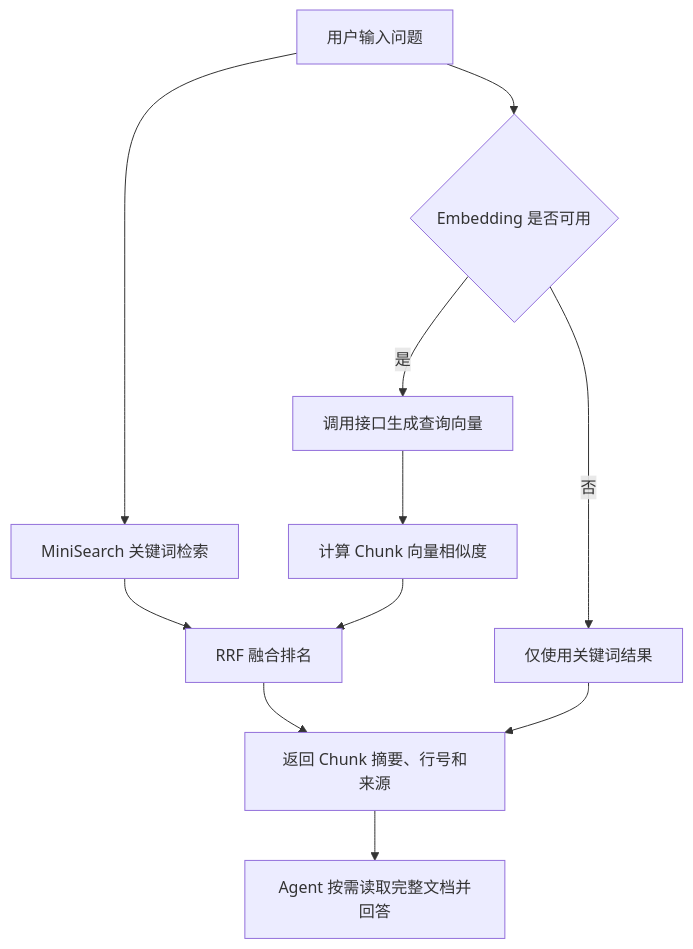
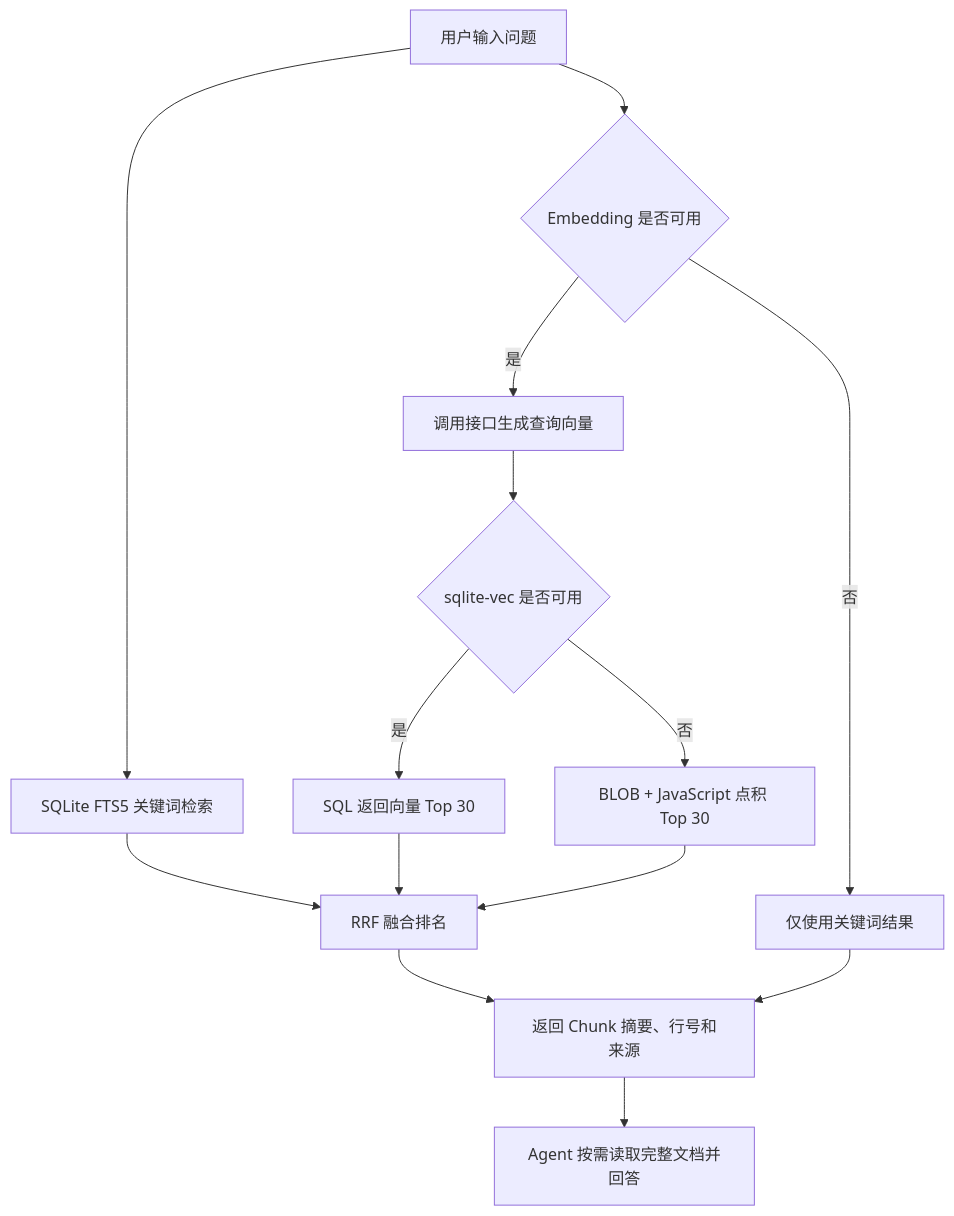
One commit to leijun-xu/infinite-canvas changed the diagram in GPT5.5分析/知识库.md. Above: the diagram before and after it, drawn with Mermaid. The commit also changed other lines of this file and 17 other files, not shown here.

````diff
--- a/GPT5.5分析/知识库.md
+++ b/GPT5.5分析/知识库.md
@@ -584,13 +597,16 @@
 ```mermaid
 flowchart TD
-    Q[用户输入问题] --> K[MiniSearch 关键词检索]
+    Q[用户输入问题] --> K[SQLite FTS5 关键词检索]
     Q --> C{Embedding 是否可用}
     C -- 是 --> E[调用接口生成查询向量]
-    E --> V[计算 Chunk 向量相似度]
+    E --> V{sqlite-vec 是否可用}
+    V -- 是 --> VS[SQL 返回向量 Top 30]
+    V -- 否 --> VJ[BLOB + JavaScript 点积 Top 30]
     C -- 否 --> F[仅使用关键词结果]
     K --> R[RRF 融合排名]
-    V --> R
+    VS --> R
+    VJ --> R
     R --> S[返回 Chunk 摘要、行号和来源]
     F --> S
     S --> A[Agent 按需读取完整文档并回答]
 ```
````
